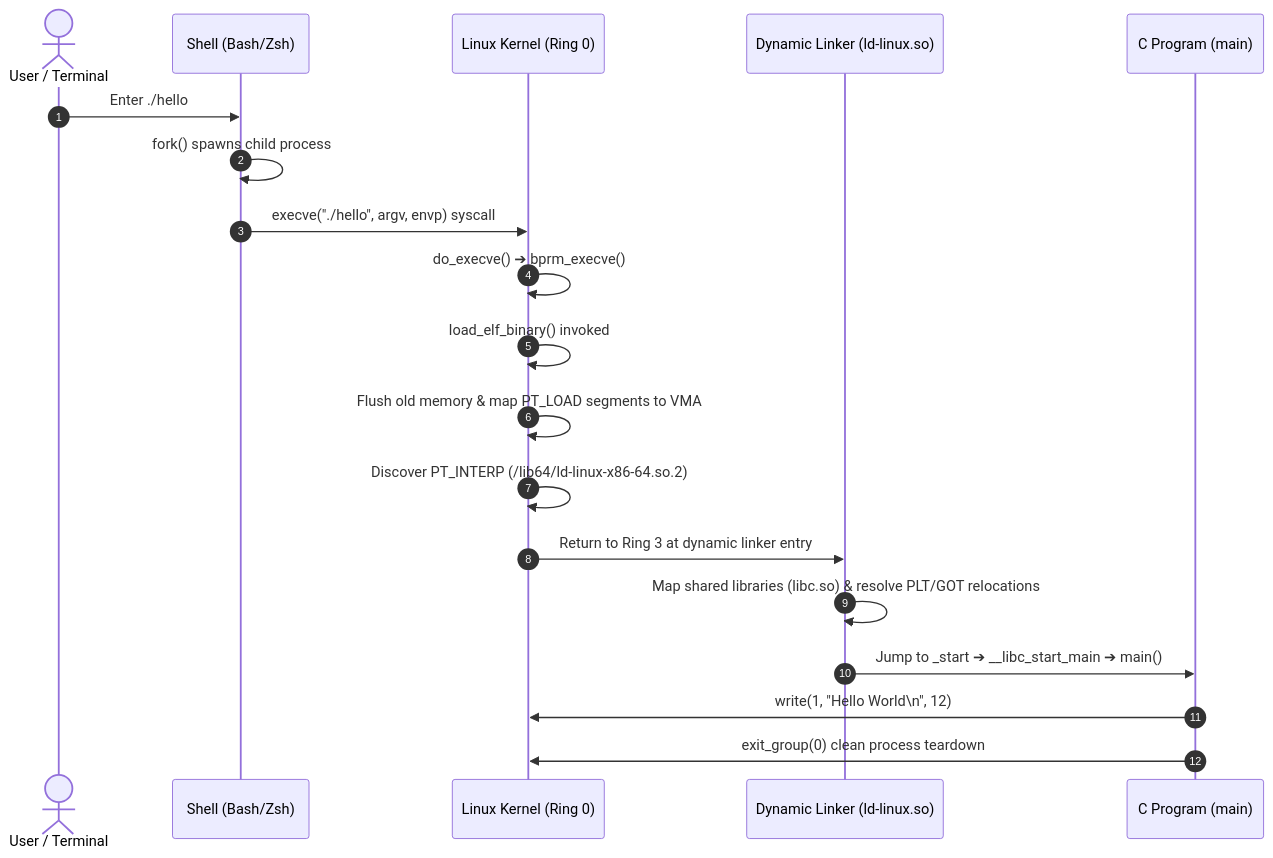
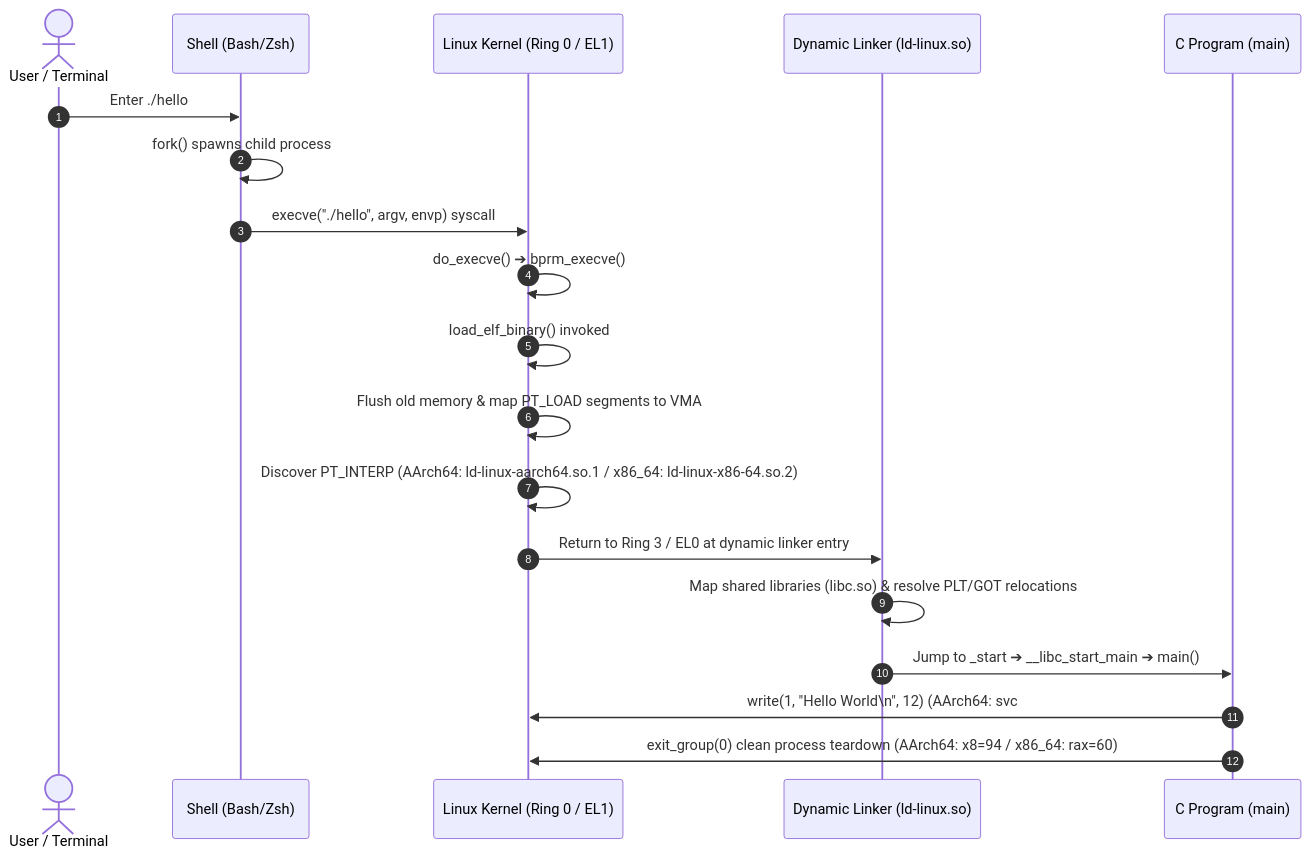
The diagram in docs/en/principles/01-hello-world-pipeline.md (auking45/linux-kernel-hardening-lab), drawn with Mermaid before and after one commit. The commit also changed other lines of this file and 17 other files, not shown here.

Commit message:
feat(principles): migrate labs 01-05 and docs to AArch64 default dual architecture

````diff
--- a/docs/en/principles/01-hello-world-pipeline.md
+++ b/docs/en/principles/01-hello-world-pipeline.md
@@ -50,22 +53,22 @@
 ```mermaid
 sequenceDiagram
     autonumber
     actor User as User / Terminal
     participant Shell as Shell (Bash/Zsh)
-    participant Kernel as Linux Kernel (Ring 0)
+    participant Kernel as Linux Kernel (Ring 0 / EL1)
     participant Linker as Dynamic Linker (ld-linux.so)
     participant Main as C Program (main)
 
     User->>Shell: Enter ./hello
     Shell->>Shell: fork() spawns child process
     Shell->>Kernel: execve("./hello", argv, envp) syscall
     Kernel->>Kernel: do_execve() ➔ bprm_execve()
     Kernel->>Kernel: load_elf_binary() invoked
     Kernel->>Kernel: Flush old memory & map PT_LOAD segments to VMA
-    Kernel->>Kernel: Discover PT_INTERP (/lib64/ld-linux-x86-64.so.2)
-    Kernel->>Linker: Return to Ring 3 at dynamic linker entry
+    Kernel->>Kernel: Discover PT_INTERP (AArch64: ld-linux-aarch64.so.1 / x86_64: ld-linux-x86-64.so.2)
+    Kernel->>Linker: Return to Ring 3 / EL0 at dynamic linker entry
     Linker->>Linker: Map shared libraries (libc.so) & resolve PLT/GOT relocations
     Linker->>Main: Jump to _start ➔ __libc_start_main ➔ main()
-    Main->>Kernel: write(1, "Hello World\n", 12)
-    Main->>Kernel: exit_group(0) clean process teardown
+    Main->>Kernel: write(1, "Hello World\n", 12) (AArch64: svc #0 / x86_64: syscall)
+    Main->>Kernel: exit_group(0) clean process teardown (AArch64: x8=94 / x86_64: rax=60)
 ```
````
